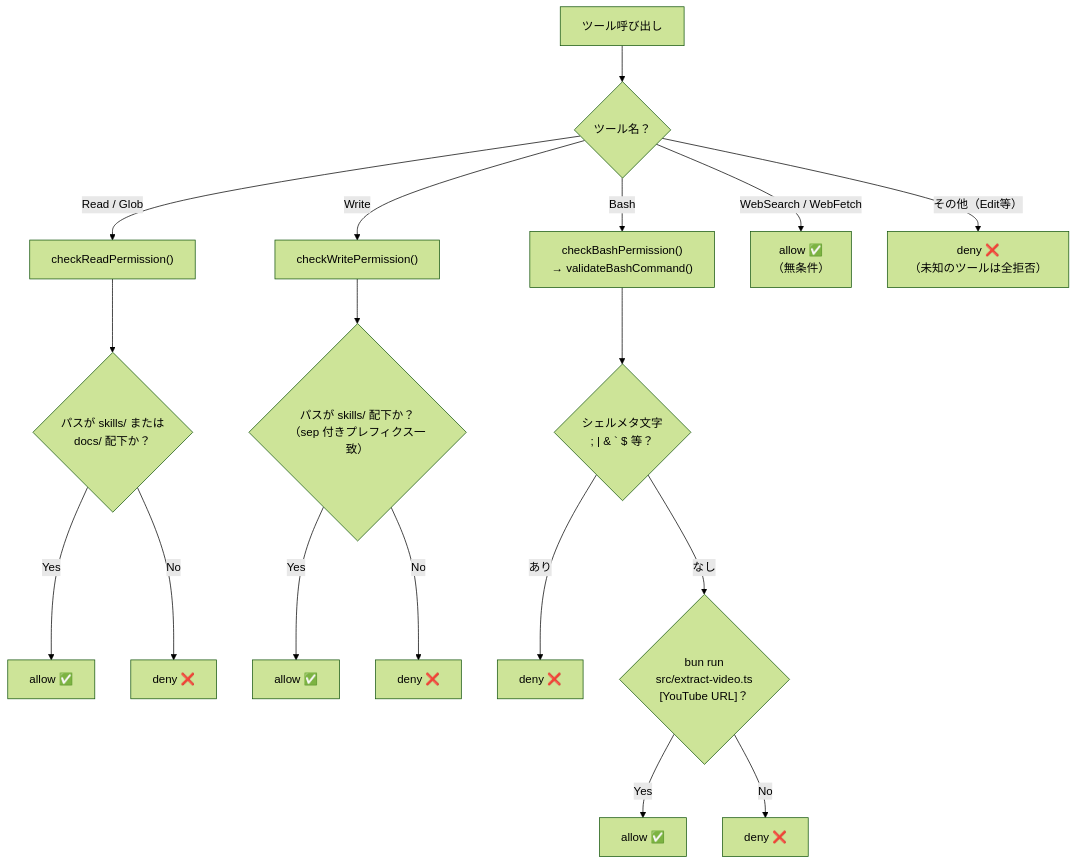
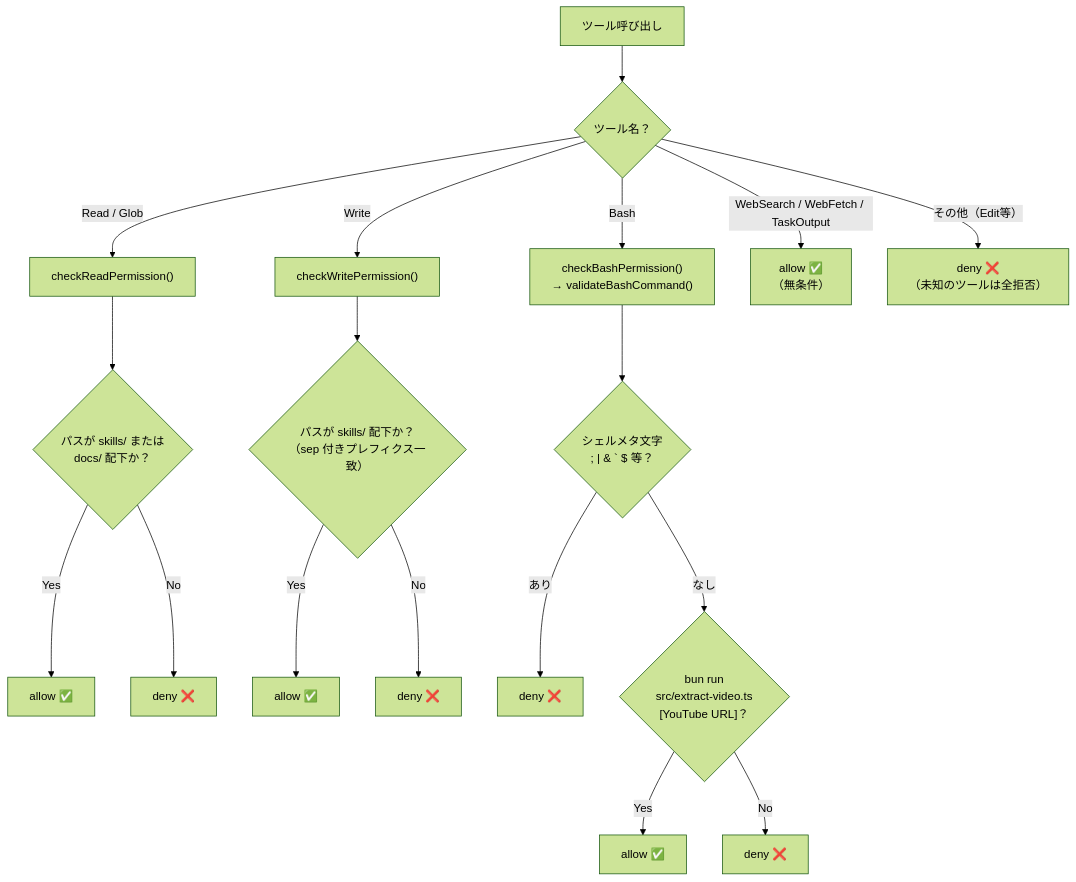
Diagram 20 of 30 in docs/architecture.md (yukaorange/dcc_suport), drawn with Mermaid (forest theme) before and after one commit. The commit also changed other lines of this file and 5 other files, not shown here.

````diff
--- a/docs/architecture.md
+++ b/docs/architecture.md
@@ -635,25 +635,25 @@
 ```mermaid
 flowchart TD
     ToolCall["ツール呼び出し"] --> Switch{ツール名？}
 
     Switch -->|"Read / Glob"| ReadCheck["checkReadPermission()"]
     ReadCheck --> ReadPath{"パスが skills/ または<br>docs/ 配下か？"}
     ReadPath -->|Yes| RA["allow ✅"]
     ReadPath -->|No| RD["deny ❌"]
 
     Switch -->|Write| WriteCheck["checkWritePermission()"]
     WriteCheck --> WritePath{"パスが skills/ 配下か？<br>（sep 付きプレフィクス一致）"}
     WritePath -->|Yes| WA["allow ✅"]
     WritePath -->|No| WD["deny ❌"]
 
     Switch -->|Bash| BashCheck["checkBashPermission()<br>→ validateBashCommand()"]
     BashCheck --> Meta{"シェルメタ文字<br>; | & ` $ 等？"}
     Meta -->|あり| BD1["deny ❌"]
     Meta -->|なし| Structure{"bun run<br>src/extract-video.ts<br>[YouTube URL]？"}
     Structure -->|Yes| BA["allow ✅"]
     Structure -->|No| BD2["deny ❌"]
 
-    Switch -->|"WebSearch / WebFetch"| WEB["allow ✅<br>（無条件）"]
+    Switch -->|"WebSearch / WebFetch / TaskOutput"| WEB["allow ✅<br>（無条件）"]
 
     Switch -->|"その他（Edit等）"| DEFAULT["deny ❌<br>（未知のツールは全拒否）"]
 ```
````
